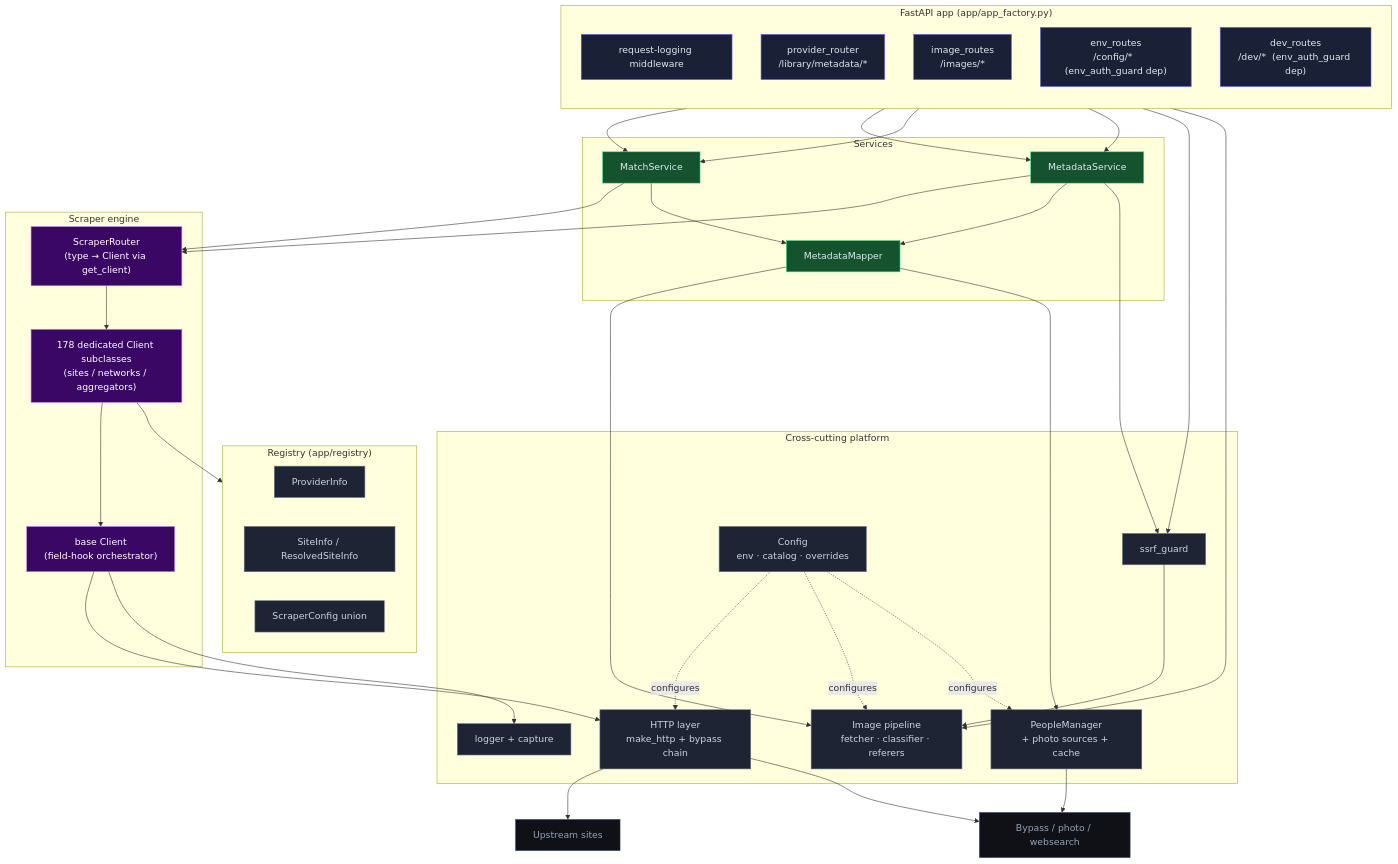
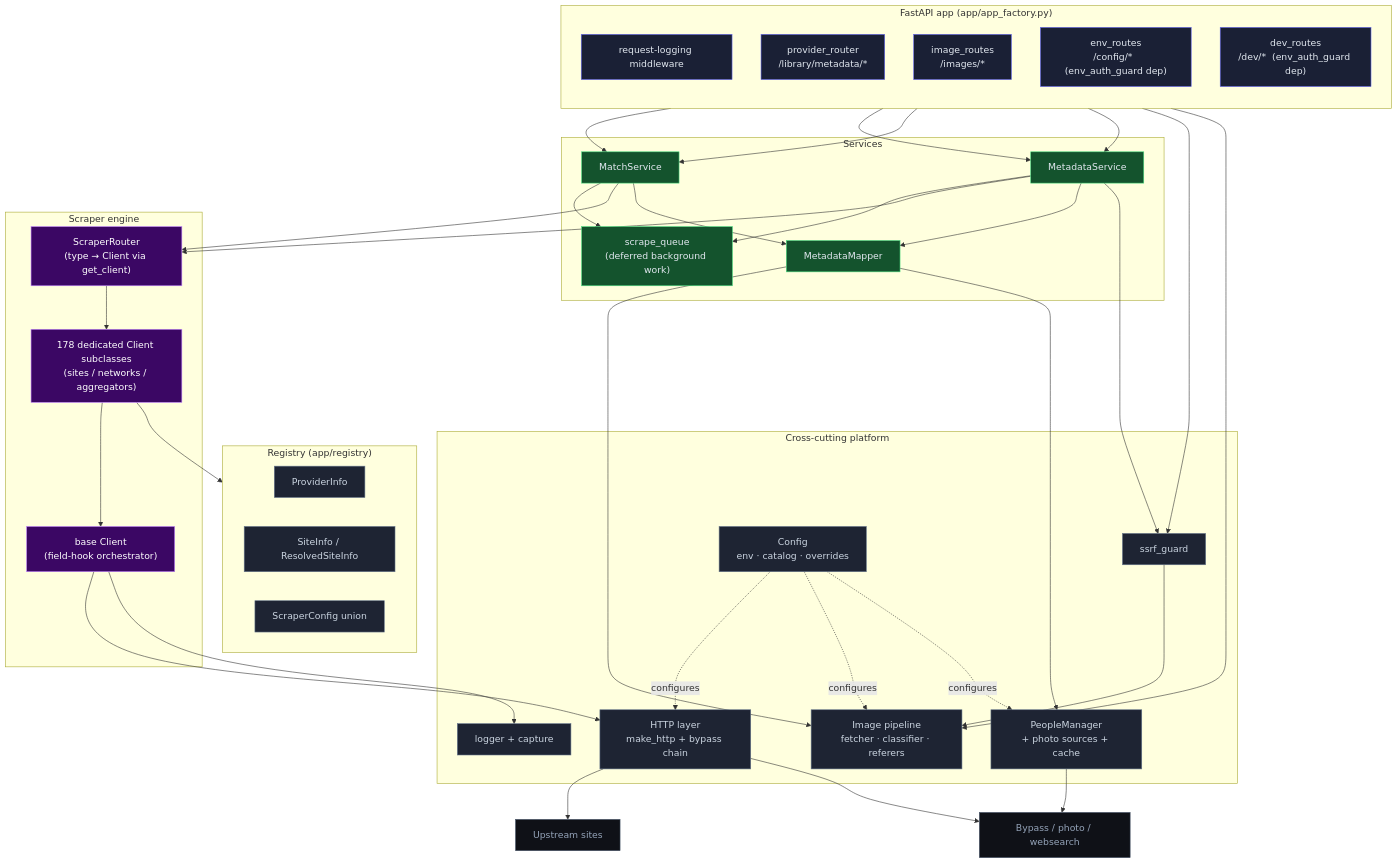
Before and after one commit to PhoenixAdultProvider/PhoenixAdult: the third of 20 diagrams in docs/DESIGN.md, drawn with Mermaid. The commit also changed other lines of this file and 4 other files, not shown here.

````diff
--- a/docs/DESIGN.md
+++ b/docs/DESIGN.md
@@ -115,69 +116,72 @@
 ```mermaid
 flowchart TB
   classDef r fill:#1a2035,stroke:#6366f1,color:#e2e8f0;
   classDef s fill:#14532d,stroke:#4ade80,color:#e2e8f0;
   classDef c fill:#3b0764,stroke:#c084fc,color:#fff;
   classDef u fill:#1e2433,stroke:#64748b,color:#cbd5e1;
   classDef ext fill:#0f1117,stroke:#475569,color:#94a3b8;
 
   subgraph app["FastAPI app (app/app_factory.py)"]
     direction TB
     mw["request-logging middleware"]:::r
     pr["provider_router<br/>/library/metadata/*"]:::r
     ir["image_routes<br/>/images/*"]:::r
     cr["env_routes<br/>/config/*  (env_auth_guard dep)"]:::r
     dr["dev_routes<br/>/dev/*  (env_auth_guard dep)"]:::r
   end
 
   subgraph svc["Services"]
     ms["MatchService"]:::s
     md["MetadataService"]:::s
     mm["MetadataMapper"]:::s
+    sq["scrape_queue<br/>(deferred background work)"]:::s
   end
 
   subgraph scr["Scraper engine"]
     srt["ScraperRouter<br/>(type → Client via get_client)"]:::c
     cli["178 dedicated Client subclasses<br/>(sites / networks / aggregators)"]:::c
     base["base Client<br/>(field-hook orchestrator)"]:::c
   end
 
   subgraph reg["Registry (app/registry)"]
     prov["ProviderInfo"]:::u
     site["SiteInfo / ResolvedSiteInfo"]:::u
     scfg["ScraperConfig union"]:::u
   end
 
   subgraph plat["Cross-cutting platform"]
     http["HTTP layer<br/>make_http + bypass chain"]:::u
     ssrf["ssrf_guard"]:::u
     img["Image pipeline<br/>fetcher · classifier · referers"]:::u
     ppl["PeopleManager<br/>+ photo sources + cache"]:::u
     cfg["Config<br/>env · catalog · overrides"]:::u
     log["logger + capture"]:::u
   end
 
   ext1["Upstream sites"]:::ext
   ext2["Bypass / photo / websearch"]:::ext
 
   pr --> ms & md
   dr --> ms & md
+  ms --> sq
+  md --> sq
   ms --> srt
   md --> srt
   ms --> mm
   md --> mm
   srt --> cli --> base
   cli --> reg
   base --> http
   ir --> ssrf --> img
   ir --> img
   mm --> img
   mm --> ppl
   md --> ssrf
   http --> ext1
   http --> ext2
   ppl --> ext2
   base --> log
   cfg -. configures .-> http
   cfg -. configures .-> img
   cfg -. configures .-> ppl
 ```
````
